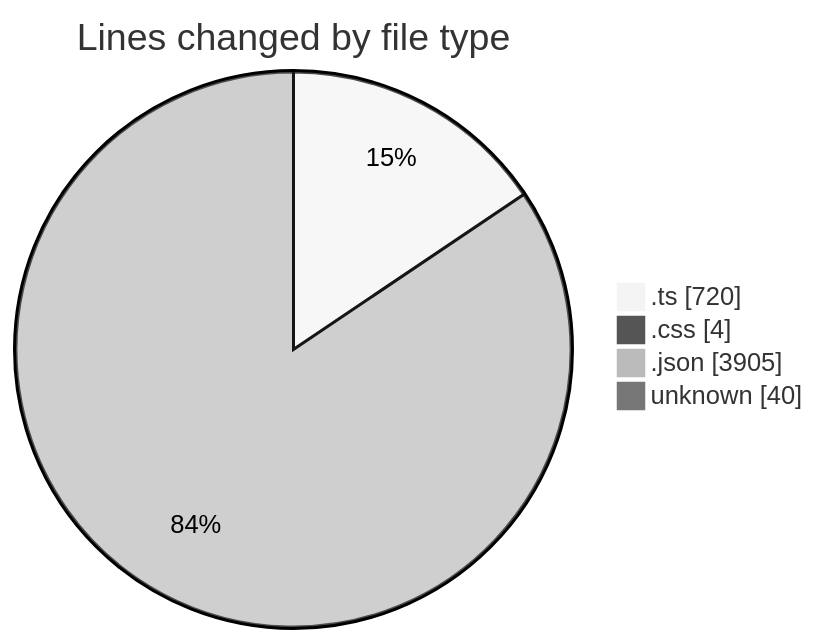
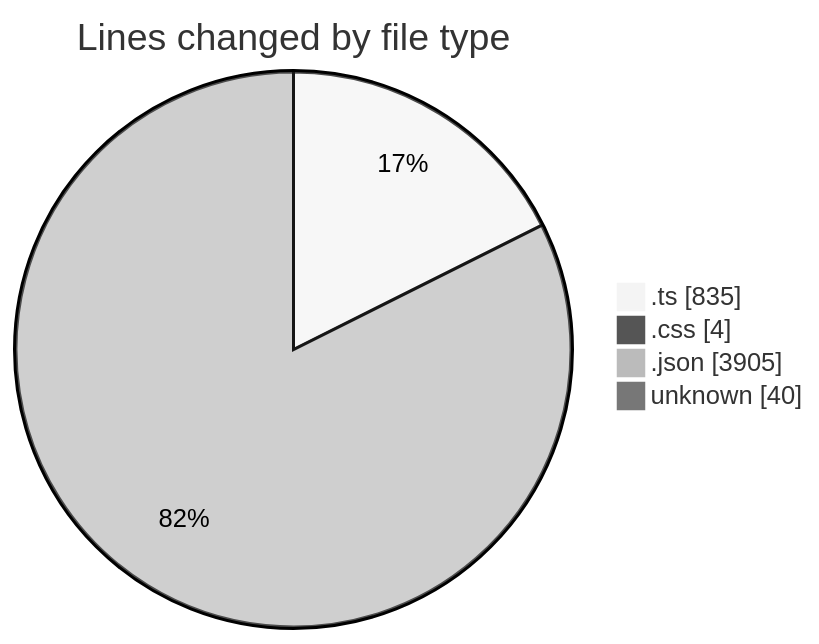
The first of 2 diagrams in 2025-07-13/tampermonkey/README.md (EIIisD/code-tracking), drawn with Mermaid (neutral theme) before and after one commit. The commit also changed other lines of this file and 1 other file, not shown here.

````diff
--- a/2025-07-13/tampermonkey/README.md
+++ b/2025-07-13/tampermonkey/README.md
@@ -33,8 +33,8 @@
 ```mermaid
 pie showData
 title Lines changed by file type
-".ts" : 720
+".ts" : 835
 ".css" : 4
 ".json" : 3905
 "unknown" : 40
 ```
````
